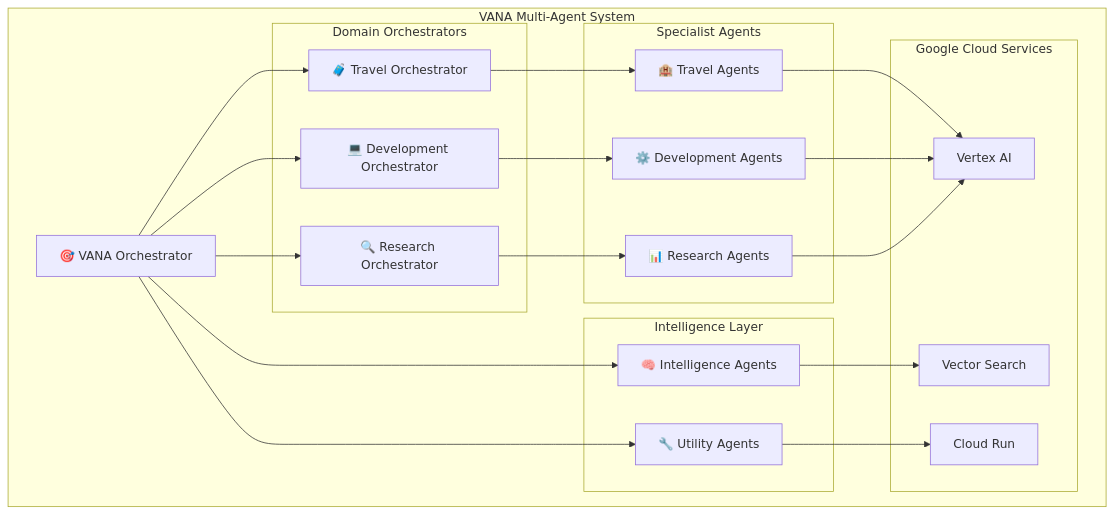
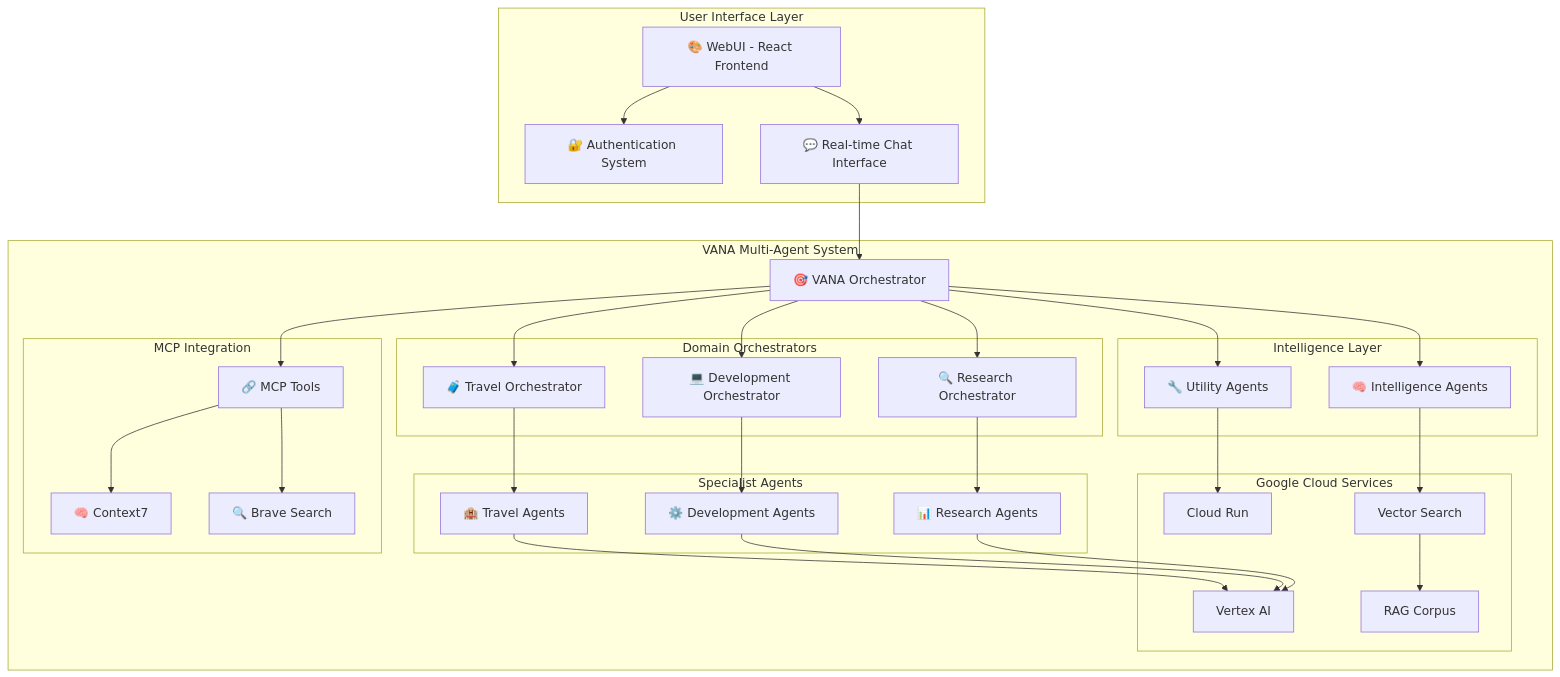
Before and after one commit to NickB03/vana: the diagram in README.md, drawn with Mermaid. The commit also changed other lines of this file and 16 other files, not shown here.

Commit message:
feat: Real agent integration and working functionality

````diff
--- a/README.md
+++ b/README.md
@@ -64,44 +68,65 @@
 ```mermaid
 graph TB
+    subgraph "User Interface Layer"
+        WUI[🎨 WebUI - React Frontend]
+        AUTH[🔐 Authentication System]
+        CHAT[💬 Real-time Chat Interface]
+    end
+
     subgraph "VANA Multi-Agent System"
         VANA[🎯 VANA Orchestrator]
 
         subgraph "Domain Orchestrators"
             TO[🧳 Travel Orchestrator]
             DO[💻 Development Orchestrator]
             RO[🔍 Research Orchestrator]
         end
 
         subgraph "Specialist Agents"
             TA[🏨 Travel Agents]
             DA[⚙️ Development Agents]
             RA[📊 Research Agents]
         end
 
         subgraph "Intelligence Layer"
             IA[🧠 Intelligence Agents]
             UA[🔧 Utility Agents]
         end
 
         subgraph "Google Cloud Services"
             VAI[Vertex AI]
             CR[Cloud Run]
             VR[Vector Search]
+            RAG[RAG Corpus]
+        end
+
+        subgraph "MCP Integration"
+            MCP[🔗 MCP Tools]
+            CTX[🧠 Context7]
+            BRAVE[🔍 Brave Search]
         end
     end
+
+    WUI --> AUTH
+    WUI --> CHAT
+    CHAT --> VANA
 
     VANA --> TO
     VANA --> DO
     VANA --> RO
     TO --> TA
     DO --> DA
     RO --> RA
     VANA --> IA
     VANA --> UA
+    VANA --> MCP
 
     TA --> VAI
     DA --> VAI
     RA --> VAI
     IA --> VR
     UA --> CR
+    MCP --> CTX
+    MCP --> BRAVE
+    VR --> RAG
 ```
````
